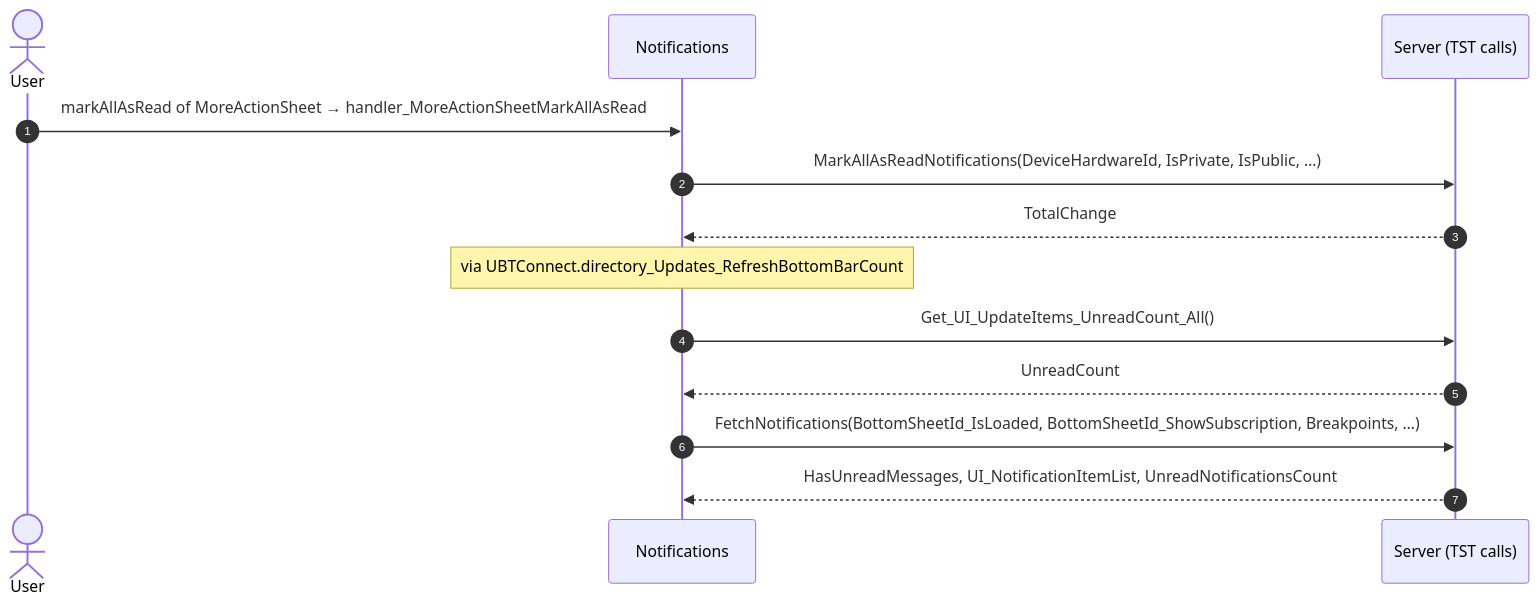
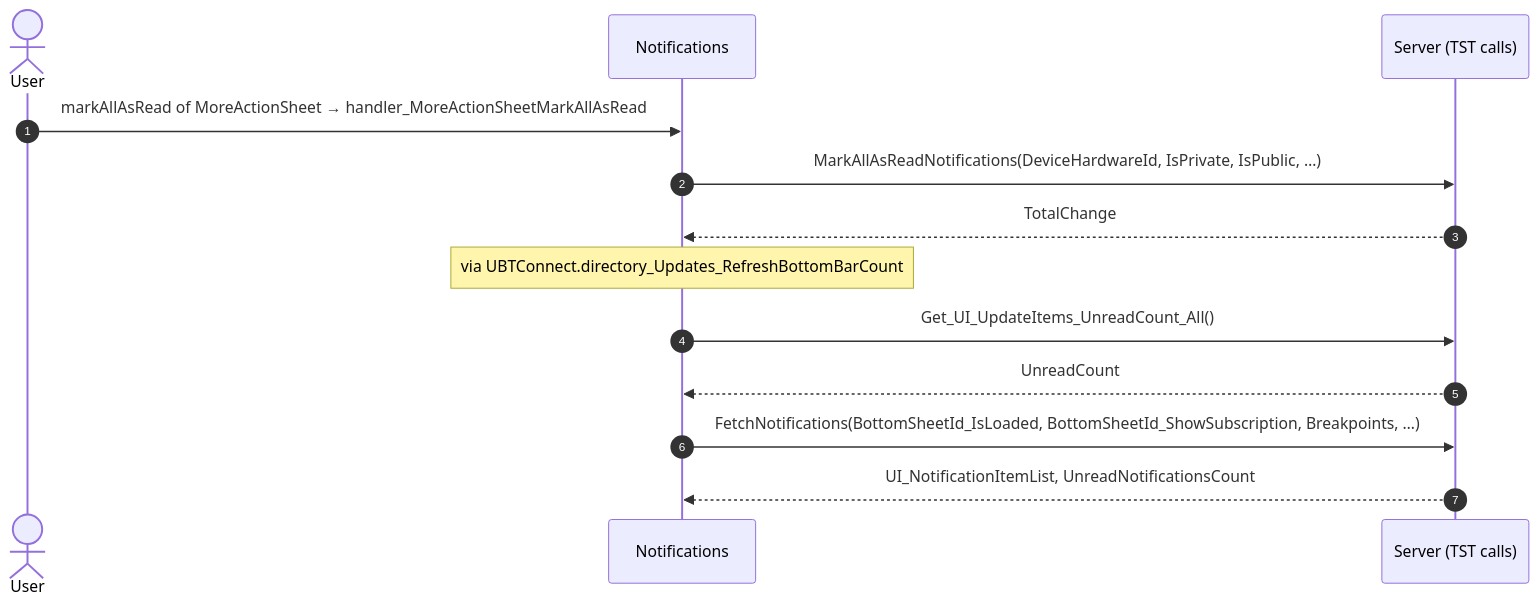
The third of 15 diagrams in route-actions/routes/Notifications.md (Phoenix-DX/connect-new-ui), drawn with Mermaid before and after one commit. The commit also changed other lines of this file and 30 other files, not shown here.

````diff
--- a/route-actions/routes/Notifications.md
+++ b/route-actions/routes/Notifications.md
@@ -128,15 +121,15 @@
 ```mermaid
 sequenceDiagram
   autonumber
   actor U as User
   participant B as Notifications
   participant S as Server (TST calls)
   U->>B: markAllAsRead of MoreActionSheet → handler_MoreActionSheetMarkAllAsRead
   B->>S: MarkAllAsReadNotifications(DeviceHardwareId, IsPrivate, IsPublic, …)
   S-->>B: TotalChange
   Note over B: via UBTConnect.directory_Updates_RefreshBottomBarCount
   B->>S: Get_UI_UpdateItems_UnreadCount_All()
   S-->>B: UnreadCount
   B->>S: FetchNotifications(BottomSheetId_IsLoaded, BottomSheetId_ShowSubscription, Breakpoints, …)
-  S-->>B: HasUnreadMessages, UI_NotificationItemList, UnreadNotificationsCount
+  S-->>B: UI_NotificationItemList, UnreadNotificationsCount
 ```
````
